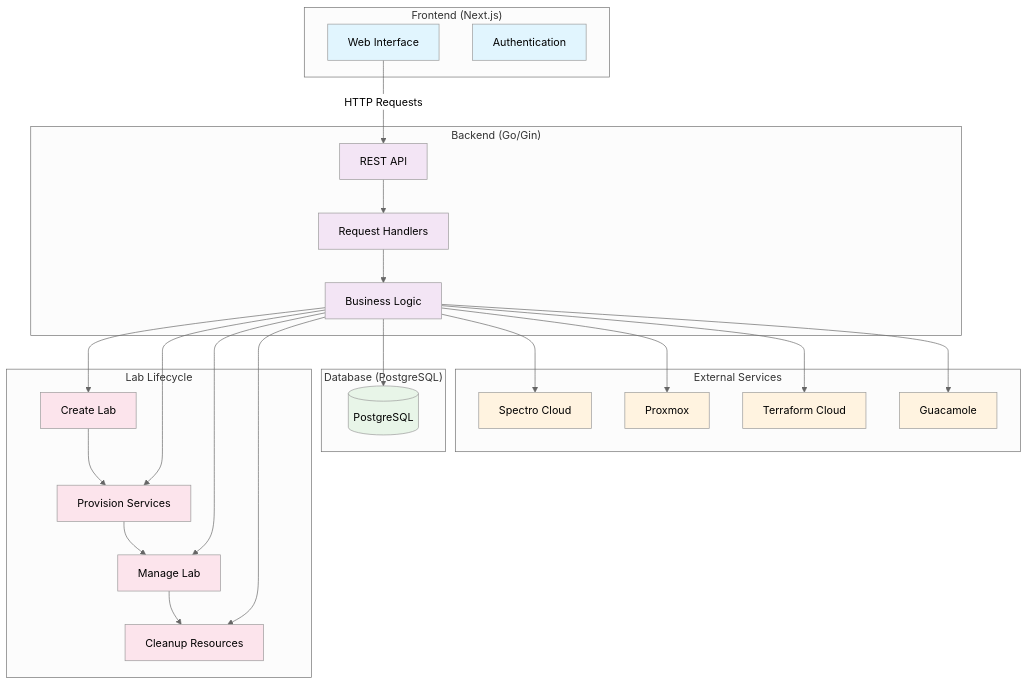
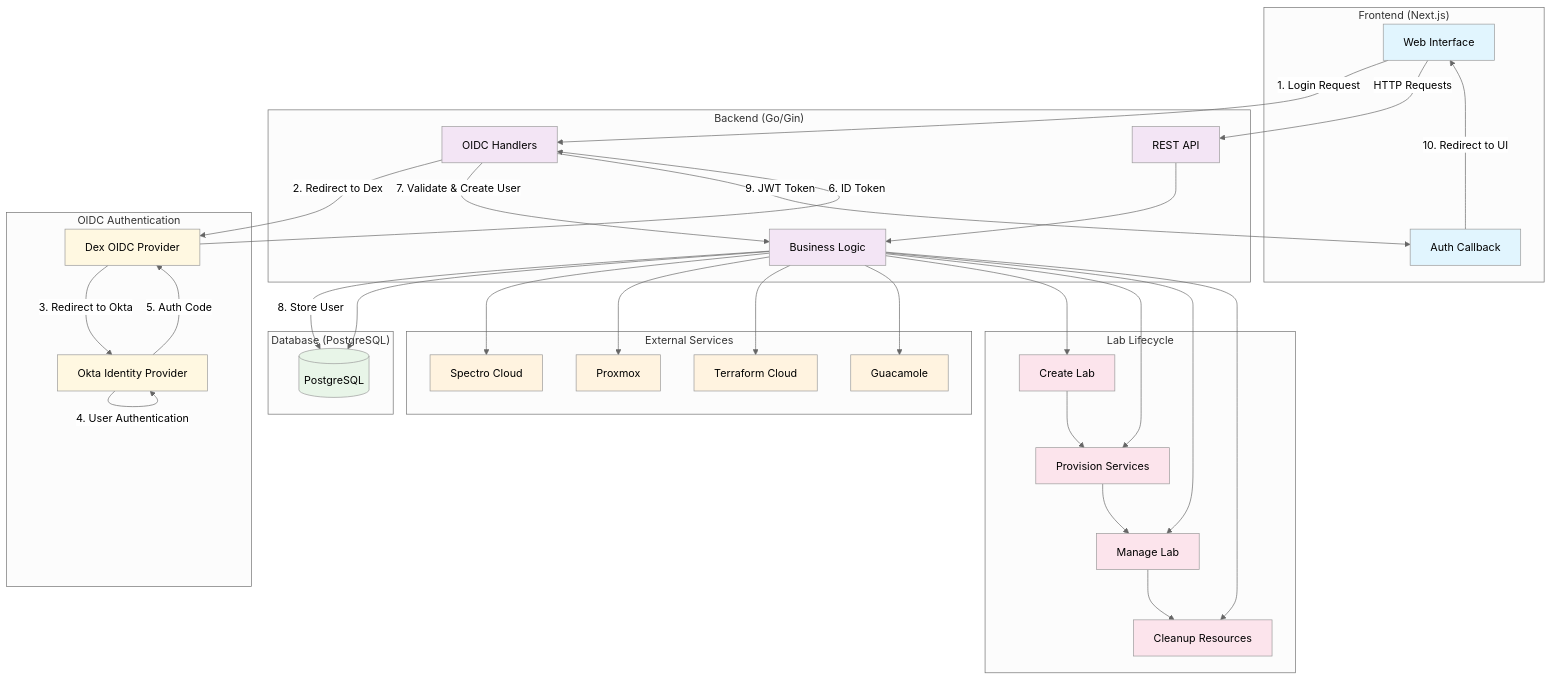
The diagram in architecture-diagram.md (wcrum/labby), drawn with Mermaid (neutral theme) before and after one commit. The commit also changed other lines of this file and 3 other files, not shown here.

```diff
--- a/architecture-diagram.md
+++ b/architecture-diagram.md
@@ -5,14 +5,20 @@
     %% Frontend
     subgraph "Frontend (Next.js)"
         UI[Web Interface]
-        Auth[Authentication]
+        AuthCallback[Auth Callback]
     end
 
     %% Backend
     subgraph "Backend (Go/Gin)"
         API[REST API]
-        Handlers[Request Handlers]
+        OIDCHandler[OIDC Handlers]
         Services[Business Logic]
+    end
+
+    %% OIDC Authentication
+    subgraph "OIDC Authentication"
+        Dex[Dex OIDC Provider]
+        Okta[Okta Identity Provider]
     end
 
     %% External Services
@@ -40,10 +46,21 @@
         Manage --> Cleanup
     end
 
-    %% Main Flow
+    %% Authentication Flow
+    UI -->|1. Login Request| OIDCHandler
+    OIDCHandler -->|2. Redirect to Dex| Dex
+    Dex -->|3. Redirect to Okta| Okta
+    Okta -->|4. User Authentication| Okta
+    Okta -->|5. Auth Code| Dex
+    Dex -->|6. ID Token| OIDCHandler
+    OIDCHandler -->|7. Validate & Create User| Services
+    Services -->|8. Store User| DB
+    OIDCHandler -->|9. JWT Token| AuthCallback
+    AuthCallback -->|10. Redirect to UI| UI
+
+    %% Main Application Flow
     UI -->|HTTP Requests| API
-    API --> Handlers
-    Handlers --> Services
+    API --> Services
     Services --> DB
     Services --> Palette
     Services --> Proxmox
@@ -58,12 +75,14 @@
     %% Styling
     classDef frontend fill:#e1f5fe
     classDef backend fill:#f3e5f5
+    classDef oidc fill:#fff8e1
     classDef database fill:#e8f5e8
     classDef external fill:#fff3e0
     classDef lifecycle fill:#fce4ec
     
-    class UI,Auth frontend
-    class API,Handlers,Services backend
+    class UI,AuthCallback frontend
+    class API,OIDCHandler,Services backend
+    class Dex,Okta oidc
     class DB database
     class Palette,Proxmox,Terraform,Guacamole external
     class Create,Provision,Manage,Cleanup lifecycle
```
